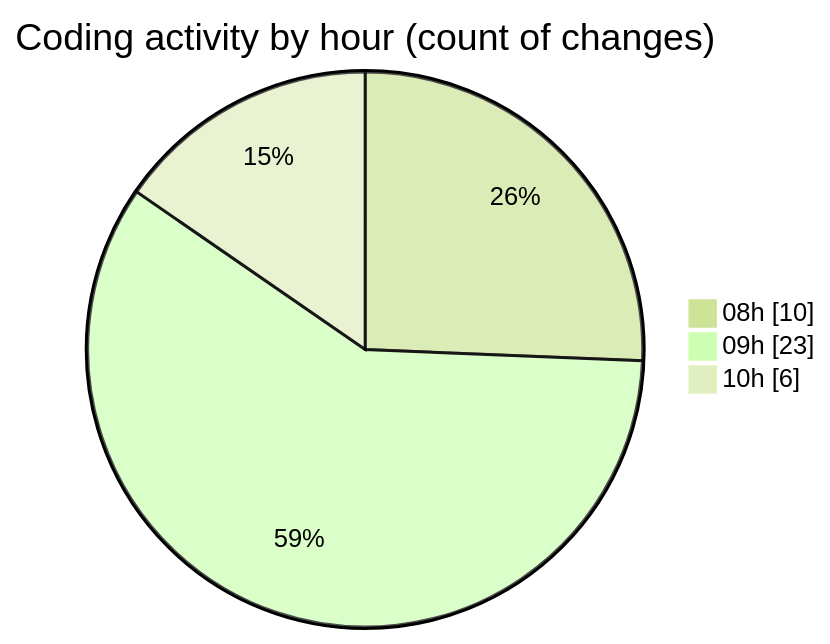
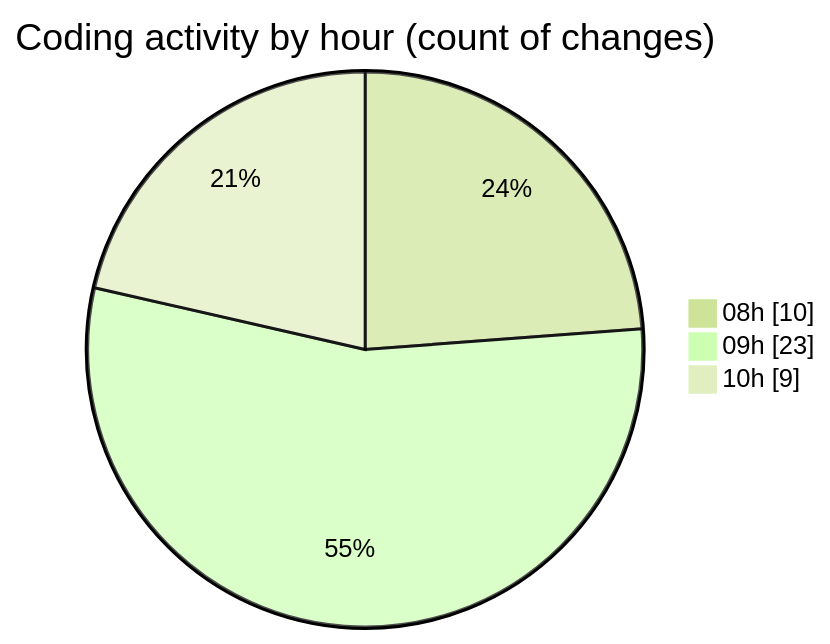
Before and after one commit to LanceThiago/code-tracking: the second of 2 diagrams in 2025-01-07/nueva_carpeta/README.md, drawn with Mermaid (forest theme). The commit also changed other lines of this file and 1 other file, not shown here.

````diff
--- a/2025-01-07/nueva_carpeta/README.md
+++ b/2025-01-07/nueva_carpeta/README.md
@@ -28,7 +28,7 @@
 ```mermaid
 pie showData
 title Coding activity by hour (count of changes)
 "08h" : 10
 "09h" : 23
-"10h" : 6
+"10h" : 9
 ```
````
